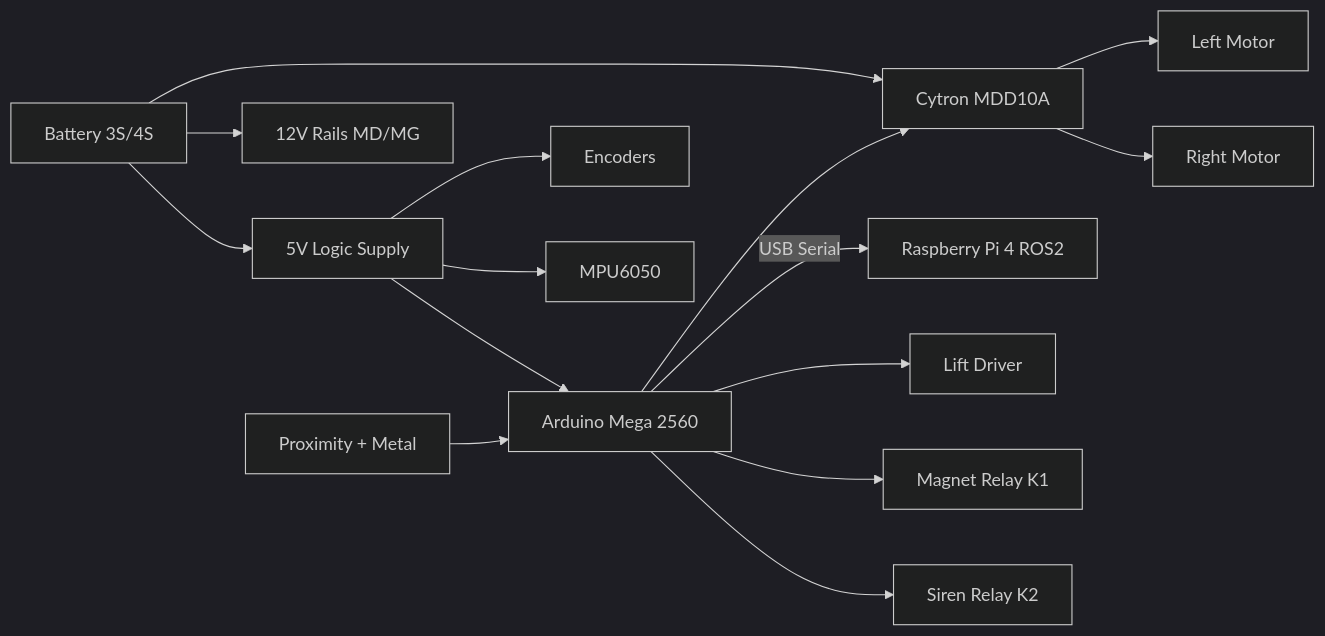
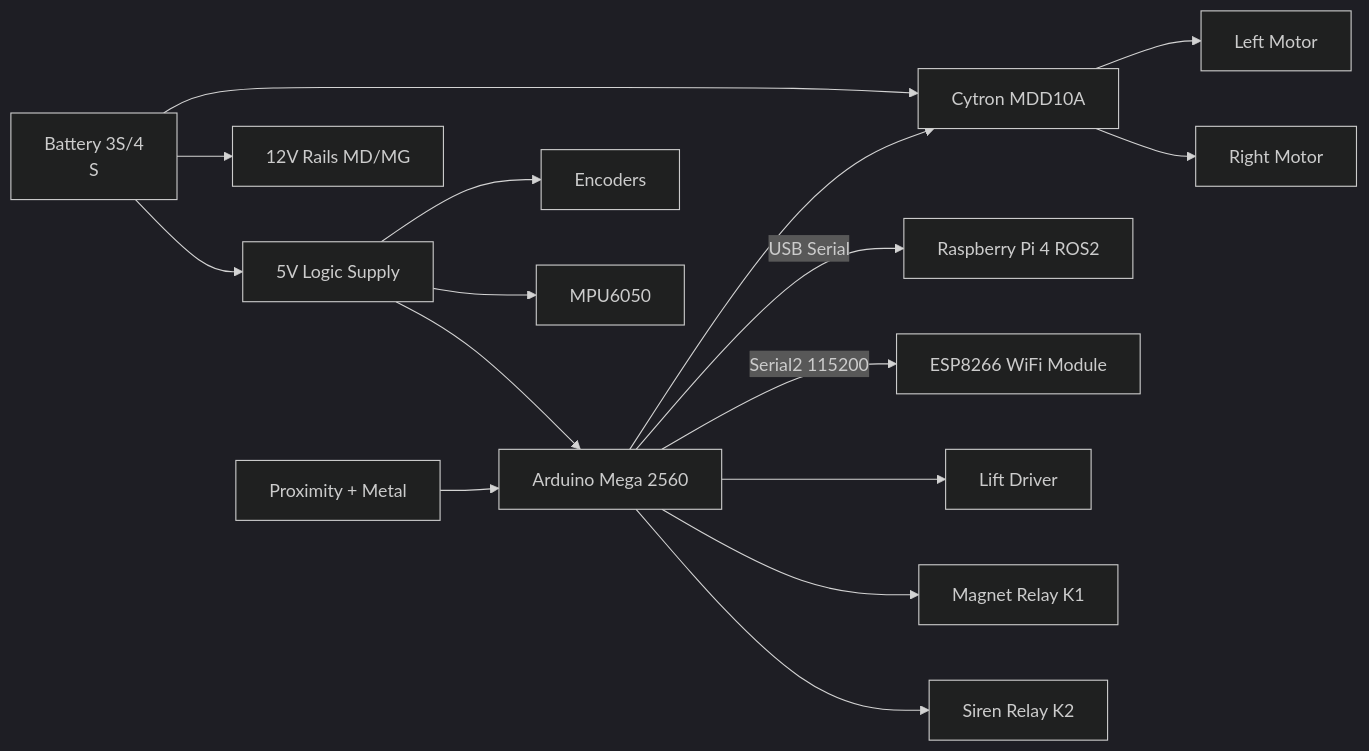
The diagram in Minesweeper2026/Arduino/MotorController/Docs/WiringManual.md (arminesweeper/Minesweeper2026), drawn with Mermaid (dark theme) before and after one commit. The commit also changed other lines of this file and 2 other files, not shown here.

Commit message:
fix: update metal debounce timing and improve command handling in SystemManager; enhance wiring manual with ESP8266 connection details

````diff
--- a/Minesweeper2026/Arduino/MotorController/Docs/WiringManual.md
+++ b/Minesweeper2026/Arduino/MotorController/Docs/WiringManual.md
@@ -11,17 +11,19 @@
 ```mermaid
 flowchart LR
-  BAT[Battery 3S/4S] --> MDD[Cytron MDD10A]
+  BAT[Battery 3S/4
+  S] --> MDD[Cytron MDD10A]
   BAT --> REG5[5V Logic Supply]
   BAT --> REG12[12V Rails MD/MG]
   REG5 --> MEGA[Arduino Mega 2560]
   REG5 --> ENC[Encoders]
   REG5 --> MPU[MPU6050]
   MDD --> MOTL[Left Motor]
   MDD --> MOTR[Right Motor]
   MEGA -->|USB Serial| PI[Raspberry Pi 4 ROS2]
+  MEGA -->|Serial2 115200| WIFI[ESP8266 WiFi Module]
   MEGA --> MDD
   MEGA --> LIFT[Lift Driver]
   MEGA --> RELAY[Magnet Relay K1]
   MEGA --> SIREN[Siren Relay K2]
   SENS[Proximity + Metal] --> MEGA
 ```
````
